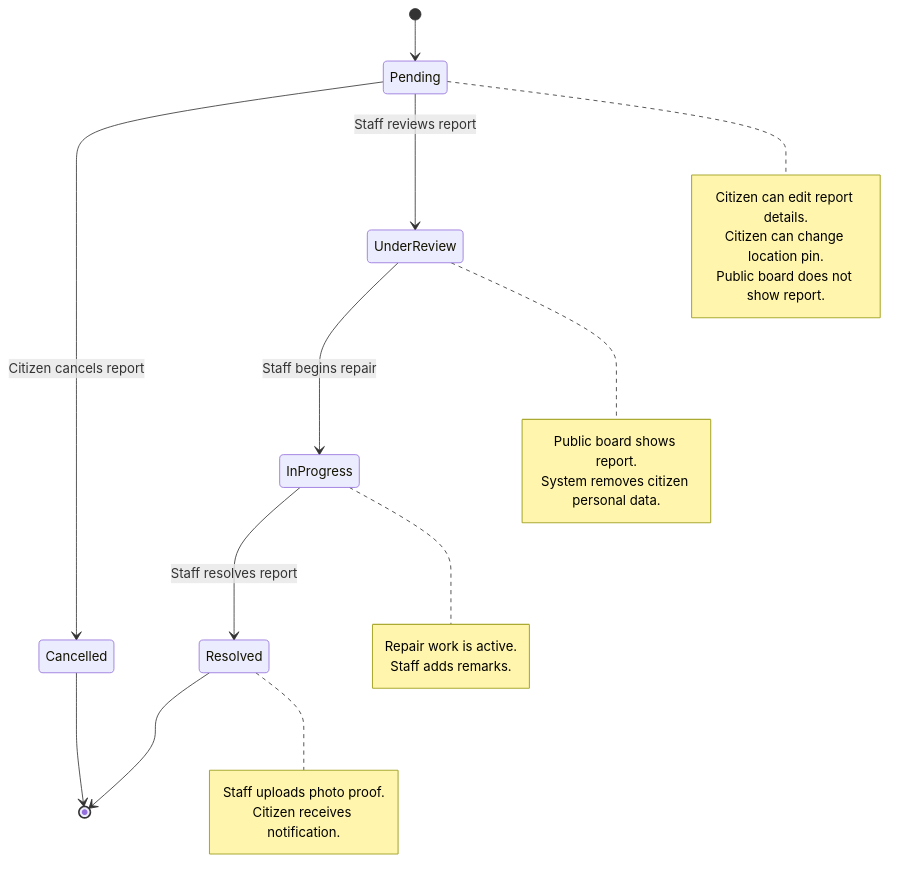
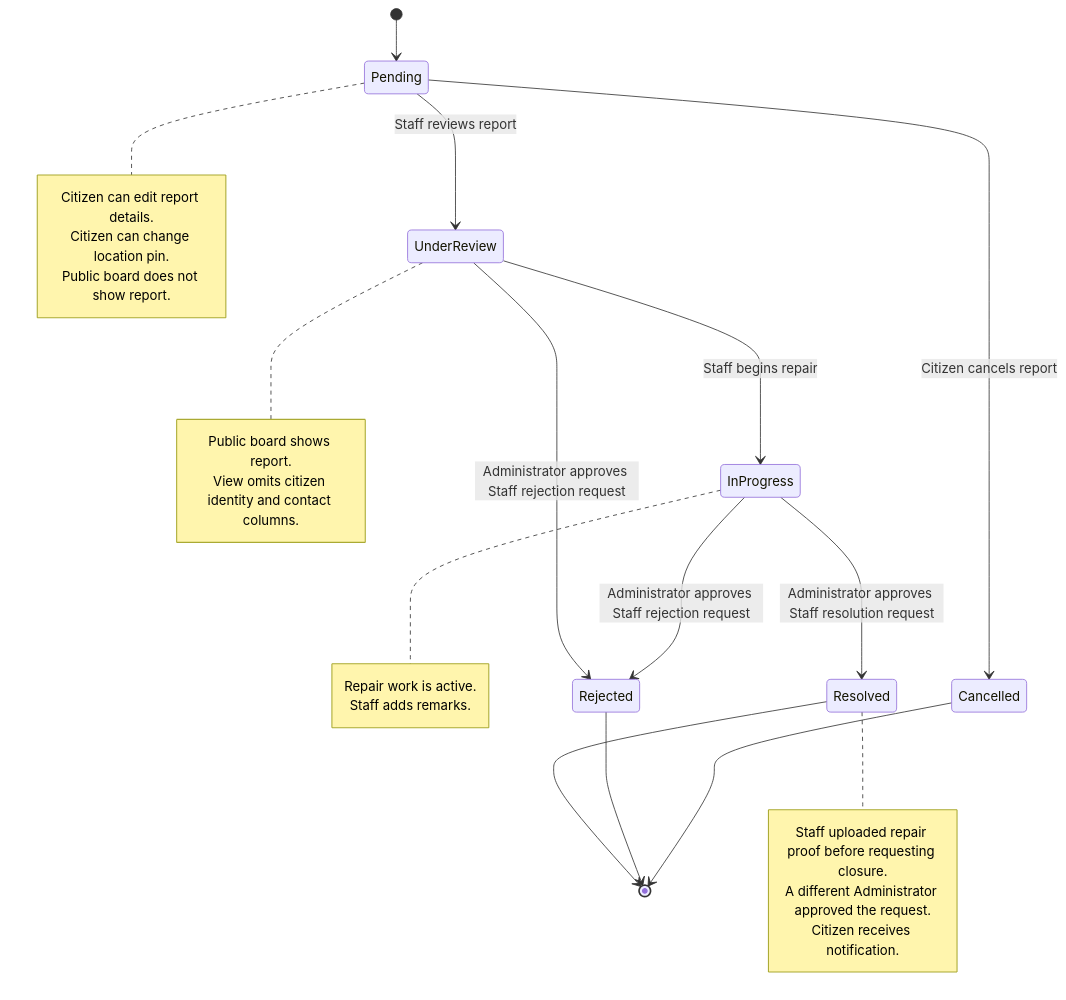
One commit to 10Plaiz/its122p-NO changed the first of 5 diagrams in docs/DEVELOPER_JOURNEYS.md. Above: the diagram before and after it, drawn with Mermaid. The commit also changed other lines of this file and 9 other files, not shown here.

````diff
--- a/docs/DEVELOPER_JOURNEYS.md
+++ b/docs/DEVELOPER_JOURNEYS.md
@@ -35,31 +37,35 @@
 ```mermaid
 stateDiagram-v2
     [*] --> Pending
     Pending --> Cancelled : Citizen cancels report
     Pending --> UnderReview : Staff reviews report
     UnderReview --> InProgress : Staff begins repair
-    InProgress --> Resolved : Staff resolves report
+    UnderReview --> Rejected : Administrator approves Staff rejection request
+    InProgress --> Resolved : Administrator approves Staff resolution request
+    InProgress --> Rejected : Administrator approves Staff rejection request
     Resolved --> [*]
+    Rejected --> [*]
     Cancelled --> [*]
 
     note right of Pending
         Citizen can edit report details.
         Citizen can change location pin.
         Public board does not show report.
     end note
 
     note right of UnderReview
         Public board shows report.
-        System removes citizen personal data.
+        View omits citizen identity and contact columns.
     end note
 
     note right of InProgress
         Repair work is active.
         Staff adds remarks.
     end note
 
     note right of Resolved
-        Staff uploads photo proof.
+        Staff uploaded repair proof before requesting closure.
+        A different Administrator approved the request.
         Citizen receives notification.
     end note
 ```
````
